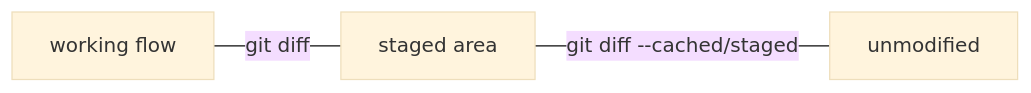
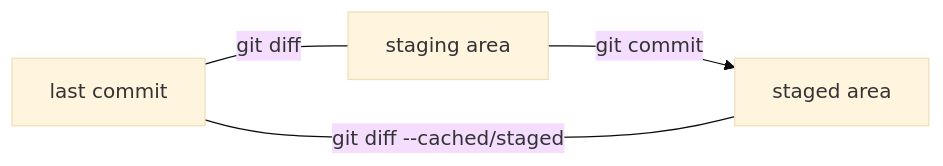
The second of 2 diagrams in git/git_basic.md (Astery0502/Notes), drawn with Mermaid (base theme) before and after one commit. The commit also changed other lines of this file and 3 other files, not shown here.

````diff
--- a/git/git_basic.md
+++ b/git/git_basic.md
@@ -130,5 +130,6 @@
 ```mermaid
 graph LR
-wf[working flow] --- |git diff| sa[staged area]
-sa --- |git diff --cached/staged| um[unmodified]
+lc[last commit] --- |git diff| sa[staging area]
+sad[staged area] --- |git diff --cached/staged| lc
+sa --> |git commit| sad
 ```
````
